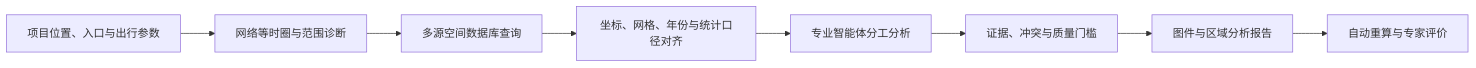
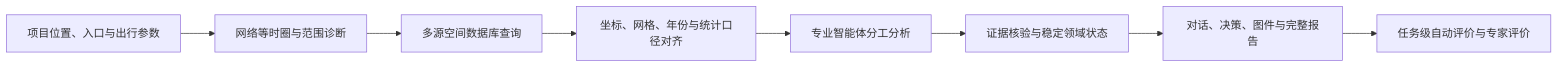
The diagram in docs/researchwrite/isochrone-multi-agent-regional-analysis/exports/proposal_supervisor_draft.md (qkdawn/gaode-map), drawn with Mermaid before and after one commit. The commit also changed other lines of this file and 200 other files, not shown here.

````diff
--- a/docs/researchwrite/isochrone-multi-agent-regional-analysis/exports/proposal_supervisor_draft.md
+++ b/docs/researchwrite/isochrone-multi-agent-regional-analysis/exports/proposal_supervisor_draft.md
@@ -85,10 +87,10 @@
 ```mermaid
 flowchart LR
     A[项目位置、入口与出行参数] --> B[网络等时圈与范围诊断]
     B --> C[多源空间数据库查询]
     C --> D[坐标、网格、年份与统计口径对齐]
     D --> E[专业智能体分工分析]
-    E --> F[证据、冲突与质量门槛]
-    F --> G[图件与区域分析报告]
-    G --> H[自动重算与专家评价]
+    E --> F[证据核验与稳定领域状态]
+    F --> G[对话、决策、图件与完整报告]
+    G --> H[任务级自动评价与专家评价]
 ```
````
